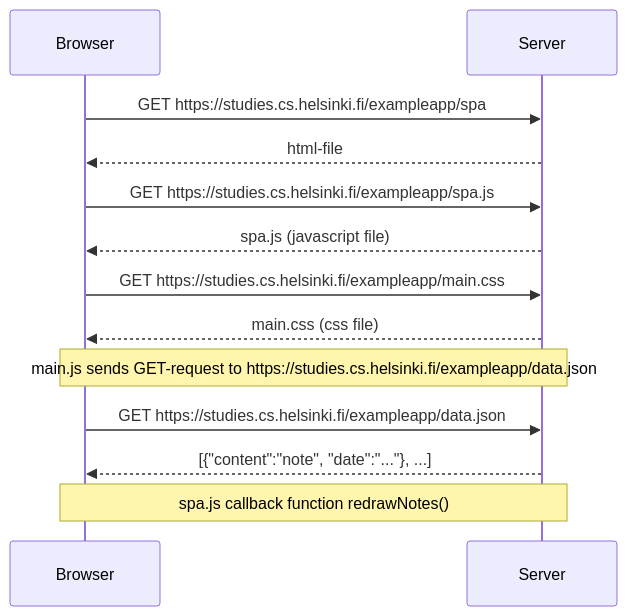
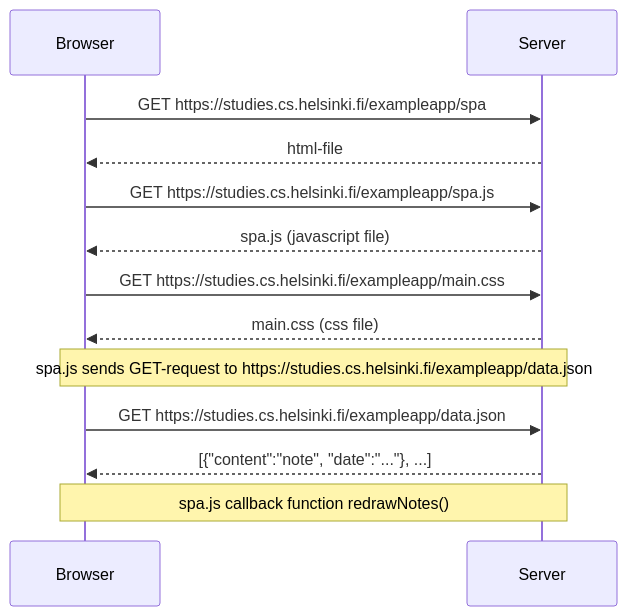
One commit to lapatinn/fullstack changed the diagram in osa0/05sequence_diagram.md. Above: the diagram before and after it, drawn with Mermaid.

Commit message:
Update sequence diagram

````diff
--- a/osa0/05sequence_diagram.md
+++ b/osa0/05sequence_diagram.md
@@ -1,13 +1,13 @@
 ```mermaid
 sequenceDiagram
 Browser->>Server: GET https://studies.cs.helsinki.fi/exampleapp/spa
 Server-->>Browser: html-file
 Browser->>Server: GET https://studies.cs.helsinki.fi/exampleapp/spa.js
 Server-->>Browser: spa.js (javascript file)
 Browser->>Server: GET https://studies.cs.helsinki.fi/exampleapp/main.css
 Server-->>Browser: main.css (css file)
-Note over Browser,Server: main.js sends GET-request to https://studies.cs.helsinki.fi/exampleapp/data.json
+Note over Browser,Server: spa.js sends GET-request to https://studies.cs.helsinki.fi/exampleapp/data.json
 Browser->>Server: GET https://studies.cs.helsinki.fi/exampleapp/data.json
 Server-->>Browser: [{"content":"note", "date":"..."}, ...]
 Note over Browser,Server: spa.js callback function redrawNotes()
 ```
````
